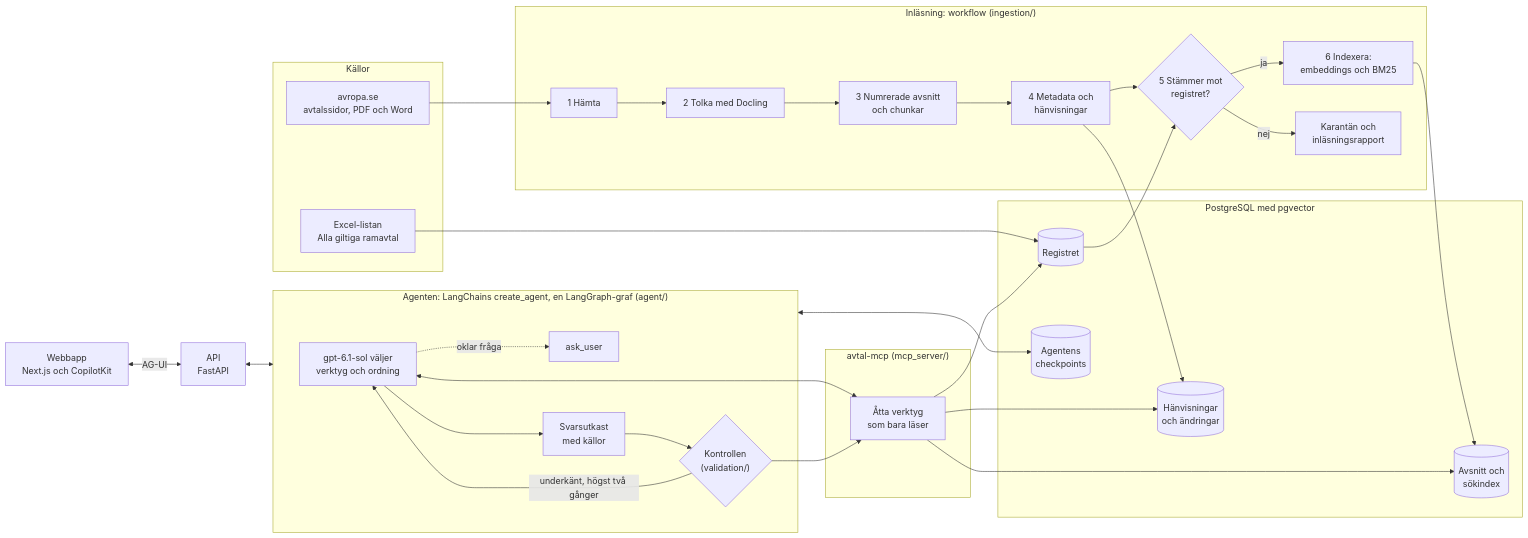
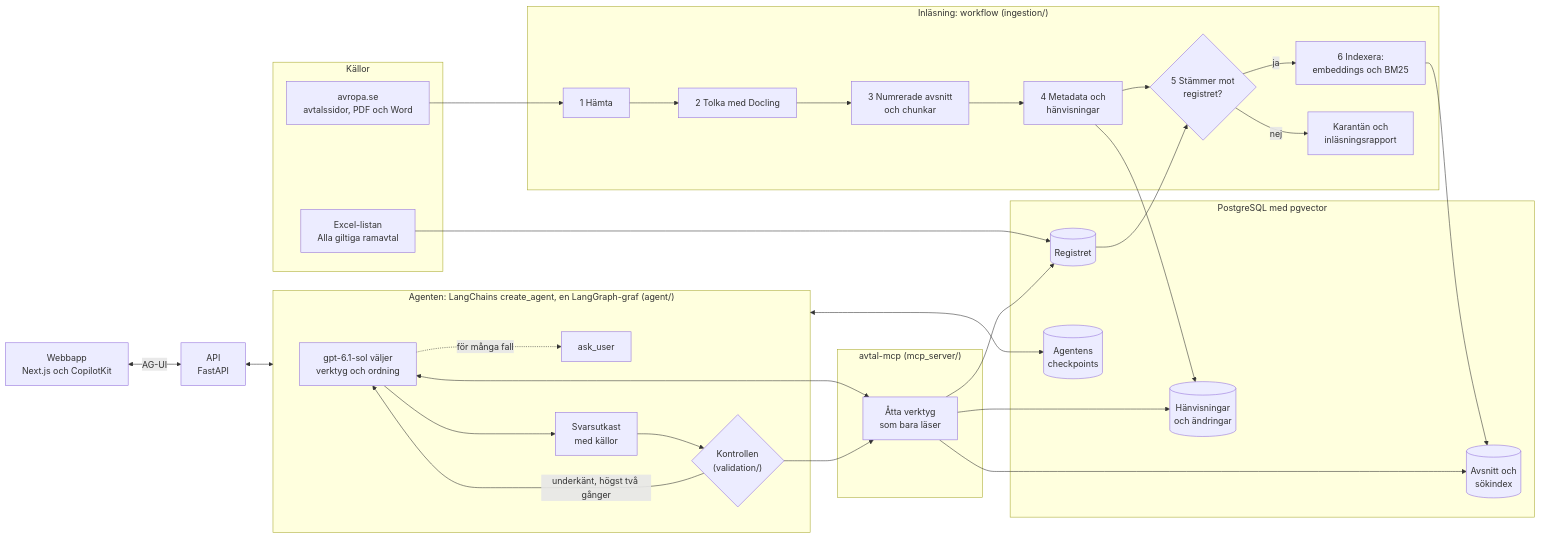
Before and after one commit to SimonG11/Avtalsanalys-Agent: the diagram in README.md, drawn with Mermaid. The commit also changed other lines of this file and 2 other files, not shown here.

````diff
--- a/README.md
+++ b/README.md
@@ -109,46 +112,46 @@
 ```mermaid
 flowchart LR
     subgraph Källor
         AV["avropa.se<br/>avtalssidor, PDF och Word"]
         XL["Excel-listan<br/>Alla giltiga ramavtal"]
     end
 
     subgraph Inläsning["Inläsning: workflow (ingestion/)"]
         S1["1 Hämta"] --> S2["2 Tolka med Docling"]
         S2 --> S3["3 Numrerade avsnitt<br/>och chunkar"]
         S3 --> S4["4 Metadata och<br/>hänvisningar"]
         S4 --> S5{"5 Stämmer mot<br/>registret?"}
         S5 -- ja --> S6["6 Indexera:<br/>embeddings och BM25"]
         S5 -- nej --> K["Karantän och<br/>inläsningsrapport"]
     end
 
     subgraph PG["PostgreSQL med pgvector"]
         R[("Registret")]
         D[("Avsnitt och<br/>sökindex")]
         H[("Hänvisningar<br/>och ändringar")]
         C[("Agentens<br/>checkpoints")]
     end
 
     subgraph MCP["avtal-mcp (mcp_server/)"]
         T["Åtta verktyg<br/>som bara läser"]
     end
 
     subgraph Agent["Agenten: LangChains create_agent, en LangGraph-graf (agent/)"]
         L["gpt-6.1-sol väljer<br/>verktyg och ordning"] --> F["Svarsutkast<br/>med källor"]
         F --> V{"Kontrollen<br/>(validation/)"}
         V -- "underkänt, högst två gånger" --> L
-        L -. "oklar fråga" .-> U["ask_user"]
+        L -. "för många fall" .-> U["ask_user"]
     end
 
     XL --> R
     AV --> S1
     S4 --> H
     S6 --> D
     R --> S5
     T --> R & D & H
     L <--> T
     V --> T
     Agent <--> C
     W["Webbapp<br/>Next.js och CopilotKit"] <-- "AG-UI" --> API["API<br/>FastAPI"]
     API <--> Agent
 ```
````
